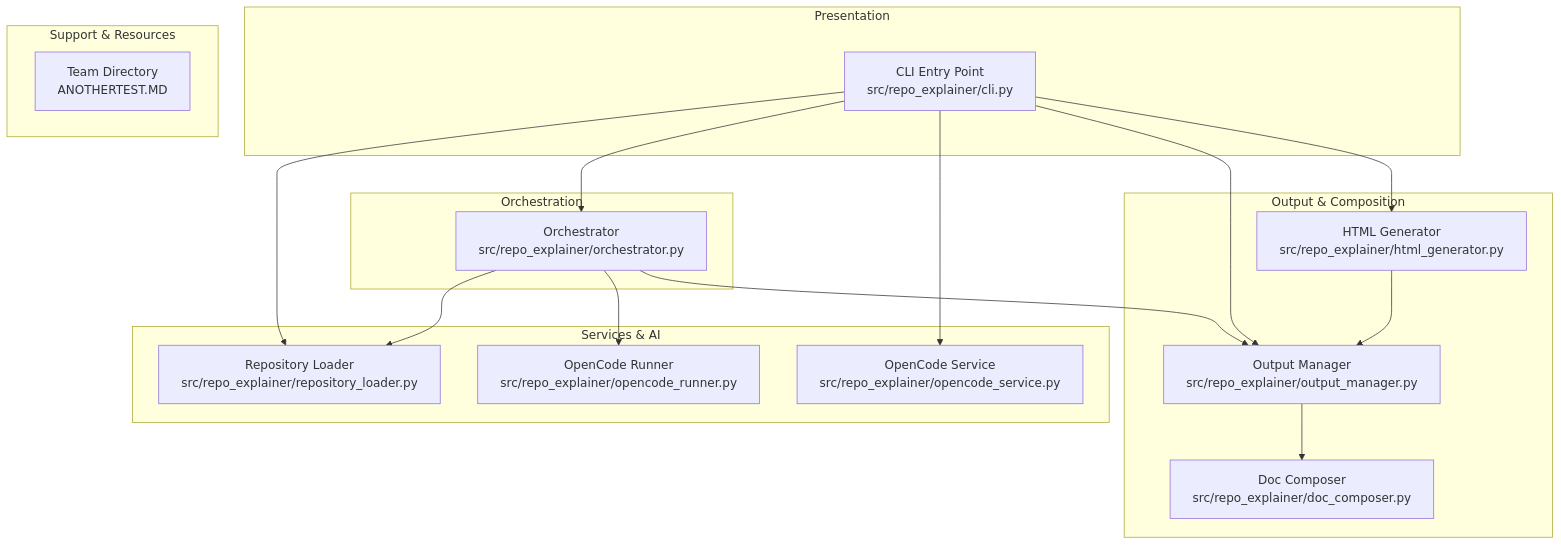
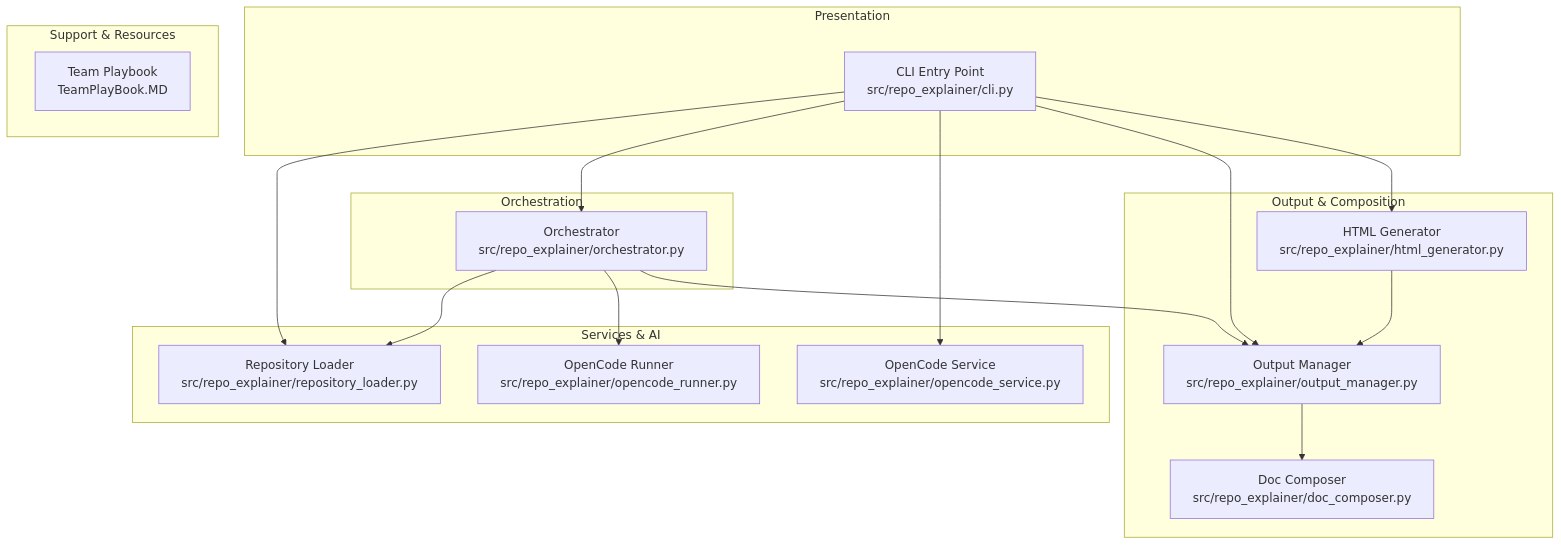
One commit to Saadkhalid913/repo-explainer changed the diagram in mydocs/src/raw/architecture.md. Above: the diagram before and after it, drawn with Mermaid. The commit also changed other lines of this file and 24 other files, not shown here.

````diff
--- a/mydocs/src/raw/architecture.md
+++ b/mydocs/src/raw/architecture.md
@@ -15,37 +15,37 @@
 ```mermaid
 graph TD
     subgraph "Presentation"
         CLI[CLI Entry Point<br/>src/repo_explainer/cli.py]
     end
 
     subgraph "Orchestration"
         ORC[Orchestrator<br/>src/repo_explainer/orchestrator.py]
     end
 
     subgraph "Services & AI"
         RL[Repository Loader<br/>src/repo_explainer/repository_loader.py]
         OCS[OpenCode Service<br/>src/repo_explainer/opencode_service.py]
         OCR[OpenCode Runner<br/>src/repo_explainer/opencode_runner.py]
     end
 
     subgraph "Output & Composition"
         OM[Output Manager<br/>src/repo_explainer/output_manager.py]
         DC[Doc Composer<br/>src/repo_explainer/doc_composer.py]
         HG[HTML Generator<br/>src/repo_explainer/html_generator.py]
     end
 
     subgraph "Support & Resources"
-        TD[Team Directory<br/>ANOTHERTEST.MD]
+        TPB[Team Playbook<br/>TeamPlayBook.MD]
     end
 
     CLI --> RL
     CLI --> ORC
     ORC --> RL
     ORC --> OCR
     ORC --> OM
     CLI --> OCS
     CLI --> OM
     OM --> DC
     CLI --> HG
     HG --> OM
 ```
````
